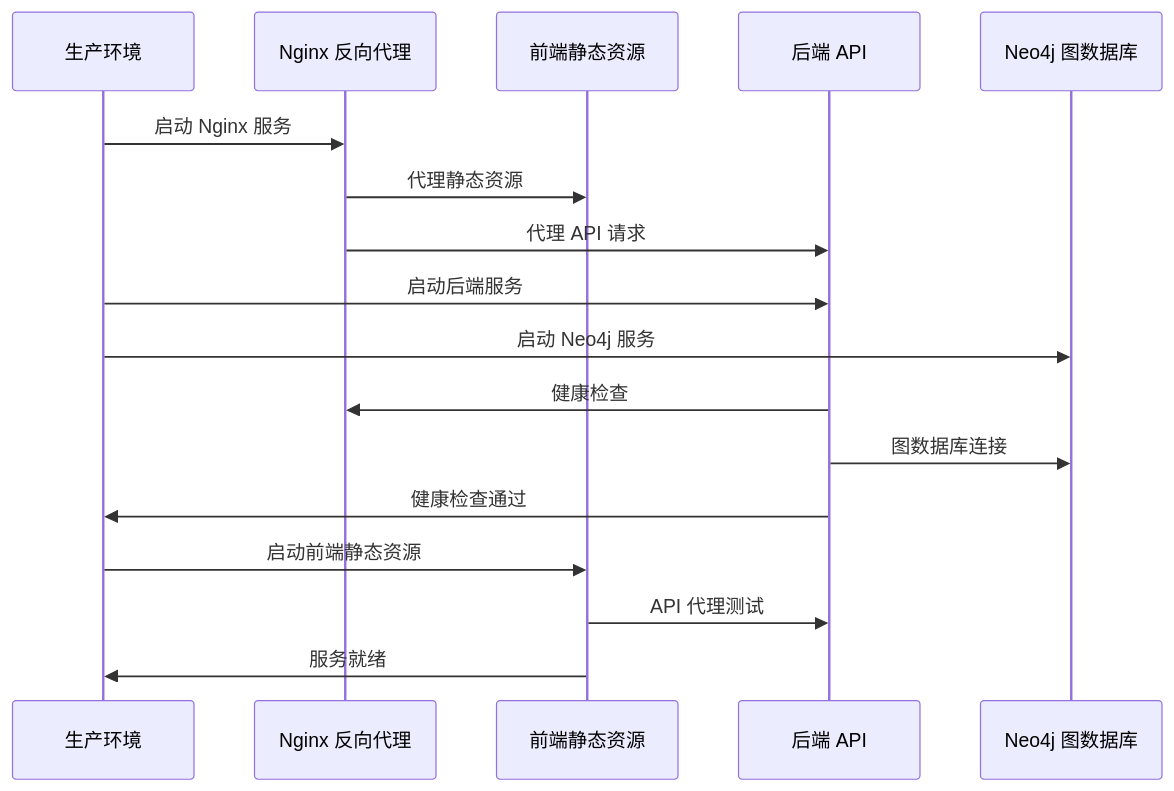
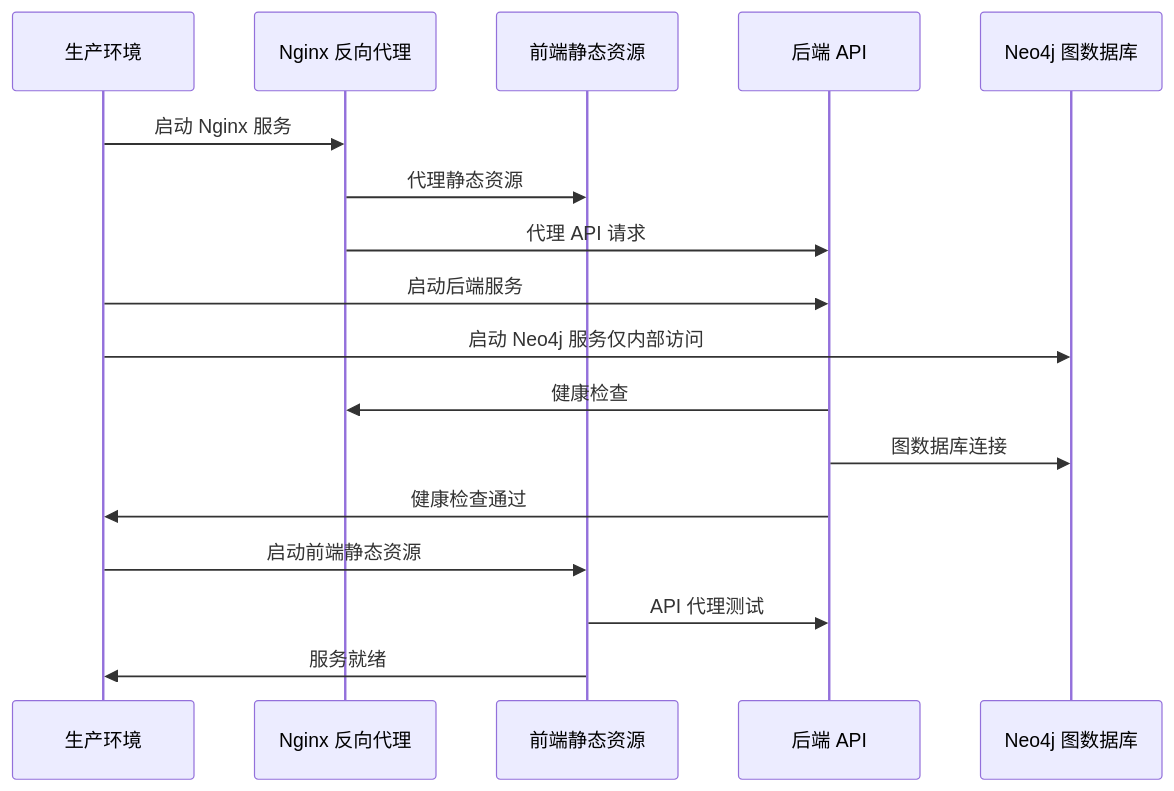
Before and after one commit to xfbyxq/ai-novel-system: the fifth of 21 diagrams in .qoder/repowiki/zh/content/Docker Deployment.md, drawn with Mermaid. The commit also changed other lines of this file and 1 other file, not shown here.

````diff
--- a/.qoder/repowiki/zh/content/Docker Deployment.md
+++ b/.qoder/repowiki/zh/content/Docker Deployment.md
@@ -331,19 +340,19 @@
 ```mermaid
 sequenceDiagram
 participant PROD as 生产环境
 participant NGINX as Nginx 反向代理
 participant FRONTEND as 前端静态资源
 participant BACKEND as 后端 API
 participant NEO4J as Neo4j 图数据库
 PROD->>NGINX : 启动 Nginx 服务
 NGINX->>FRONTEND : 代理静态资源
 NGINX->>BACKEND : 代理 API 请求
 PROD->>BACKEND : 启动后端服务
-PROD->>NEO4J : 启动 Neo4j 服务
+PROD->>NEO4J : 启动 Neo4j 服务仅内部访问
 BACKEND->>NGINX : 健康检查
 BACKEND->>NEO4J : 图数据库连接
 BACKEND->>PROD : 健康检查通过
 PROD->>FRONTEND : 启动前端静态资源
 FRONTEND->>BACKEND : API 代理测试
 FRONTEND->>PROD : 服务就绪
 ```
````
